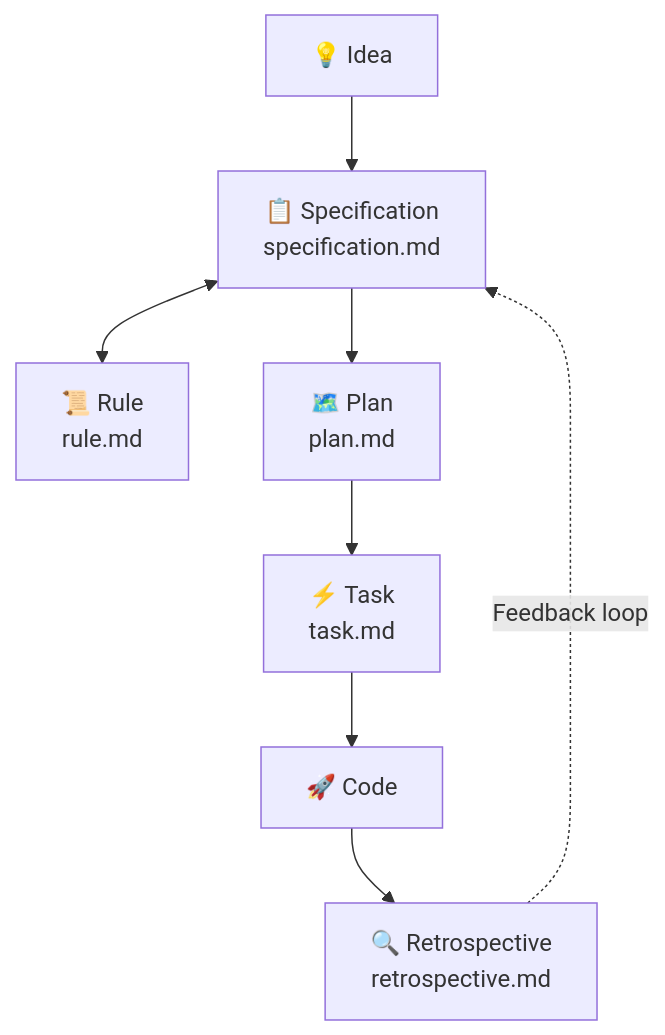
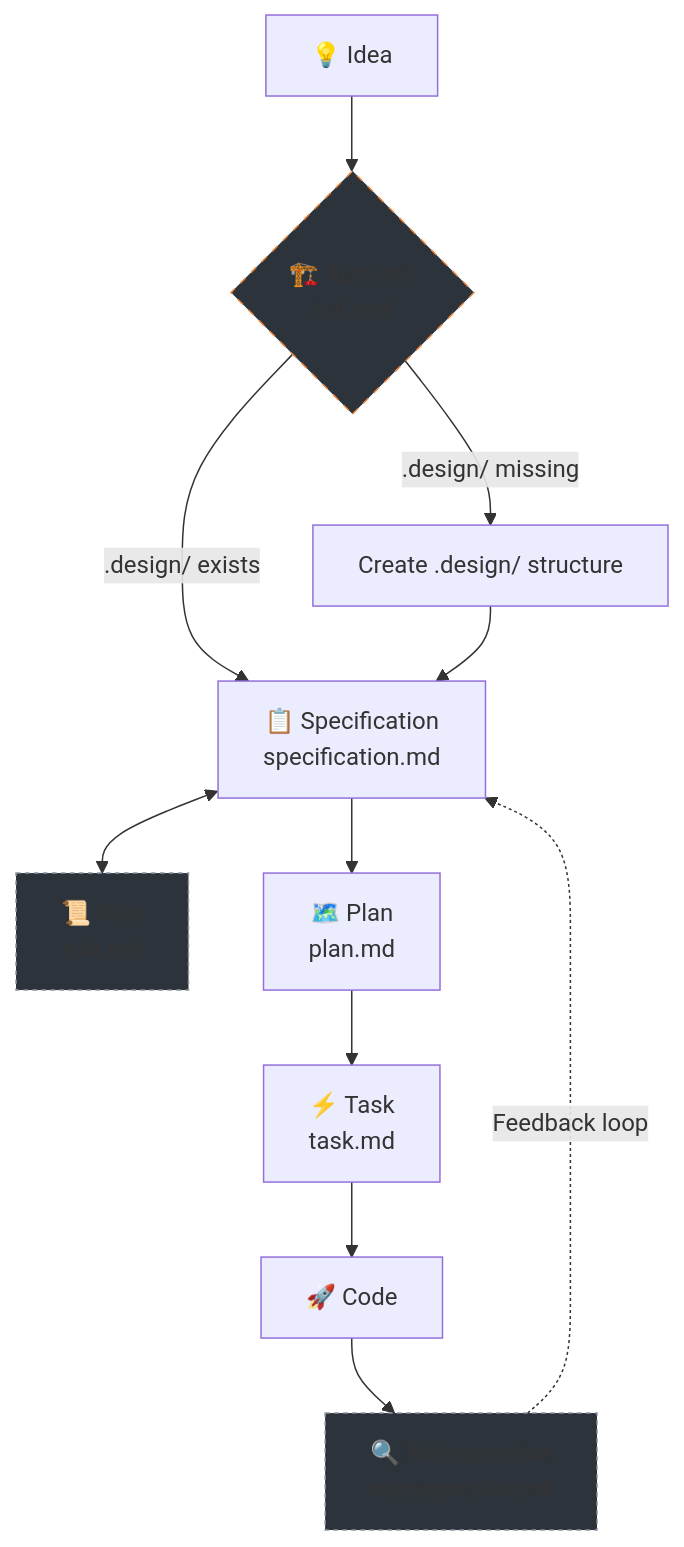
The first of 2 diagrams in .magic/README.md (teratron/bevy-launchpad), drawn with Mermaid before and after one commit. The commit also changed other lines of this file and 1 other file, not shown here.

````diff
--- a/.magic/README.md
+++ b/.magic/README.md
@@ -18,10 +18,16 @@
 ```mermaid
 graph TD
-    IDEA["💡 Idea"] --> SPEC
+    IDEA["💡 Idea"] --> INIT{"🏗️ Auto-Init<br/>init.md"}
+    INIT -->|.design/ exists| SPEC
+    INIT -->|.design/ missing| CREATE["Create .design/ structure"] --> SPEC
     SPEC["📋 Specification<br/>specification.md"] <--> RULE["📜 Rule<br/>rule.md"]
     SPEC --> PLAN["🗺️ Plan<br/>plan.md"]
     PLAN --> TASK["⚡ Task<br/>task.md"]
     TASK --> CODE["🚀 Code"]
     CODE --> RETRO["🔍 Retrospective<br/>retrospective.md"]
     RETRO -.->|Feedback loop| SPEC
+
+    style INIT fill:#2d333b,stroke:#f0883e,stroke-dasharray: 5 5
+    style RULE fill:#2d333b,stroke:#8b949e,stroke-dasharray: 3 3
+    style RETRO fill:#2d333b,stroke:#8b949e,stroke-dasharray: 3 3
 ```
````
